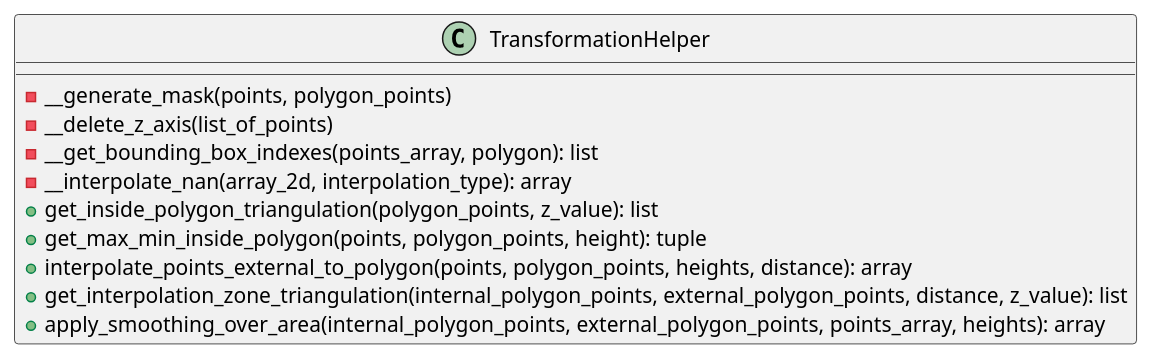
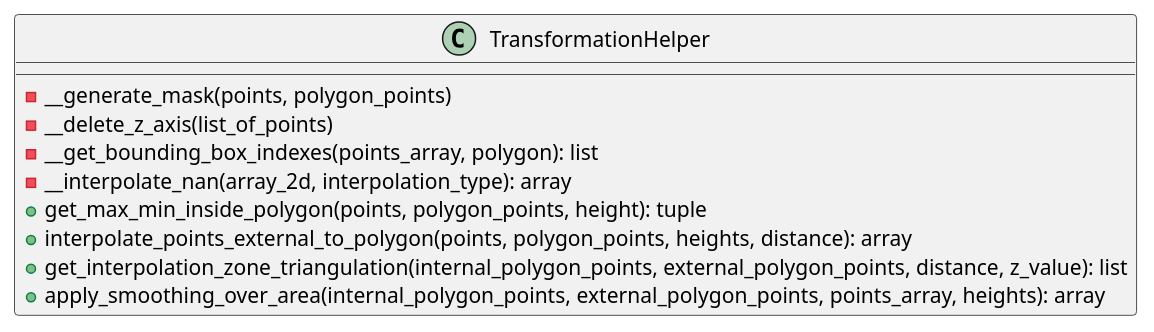
Before and after one commit to SergioAlvarezM/Proyecto_de_Memoria: the diagram in docs/classes/TransformationHelper.puml, drawn with PlantUML.

```diff
--- a/docs/classes/TransformationHelper.puml
+++ b/docs/classes/TransformationHelper.puml
@@ -1,17 +1,16 @@
 @startuml
 'https://plantuml.com/class-diagram
 
 class TransformationHelper {
 
     - __generate_mask(points, polygon_points)
     - __delete_z_axis(list_of_points)
     - __get_bounding_box_indexes(points_array, polygon): list
     - __interpolate_nan(array_2d, interpolation_type): array
-    + get_inside_polygon_triangulation(polygon_points, z_value): list
     + get_max_min_inside_polygon(points, polygon_points, height): tuple
     + interpolate_points_external_to_polygon(points, polygon_points, heights, distance): array
     + get_interpolation_zone_triangulation(internal_polygon_points, external_polygon_points, distance, z_value): list
     + apply_smoothing_over_area(internal_polygon_points, external_polygon_points, points_array, heights): array
 }
 
 @enduml
```
